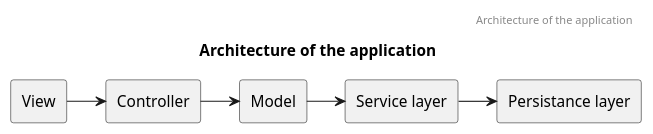
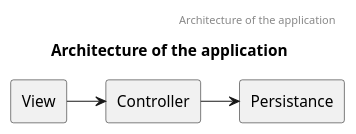
The first of 2 diagrams in docs/05_building_block_view.adoc (Arquisoft/lomap_en2b), drawn with PlantUML before and after one commit. The commit also changed other lines of this file and 3 other files, not shown here.

```diff
--- a/docs/05_building_block_view.adoc
+++ b/docs/05_building_block_view.adoc
@@ -12,19 +12,15 @@
 [plantuml,"BuildingBlockView", png]
 ----
 @startuml
 
 header Architecture of the application
 title Architecture of the application
 
 agent "View"
 agent "Controller"
-agent "Model"
-agent "Service layer"
-agent "Persistance layer"
+agent "Persistance"
 
-"Model" -> "Service layer"
-"Controller" -> "Model"
+"Controller" -> "Persistance"
 "View" -> "Controller"
-"Service layer" -> "Persistance layer"
 @enduml
 ----
```
